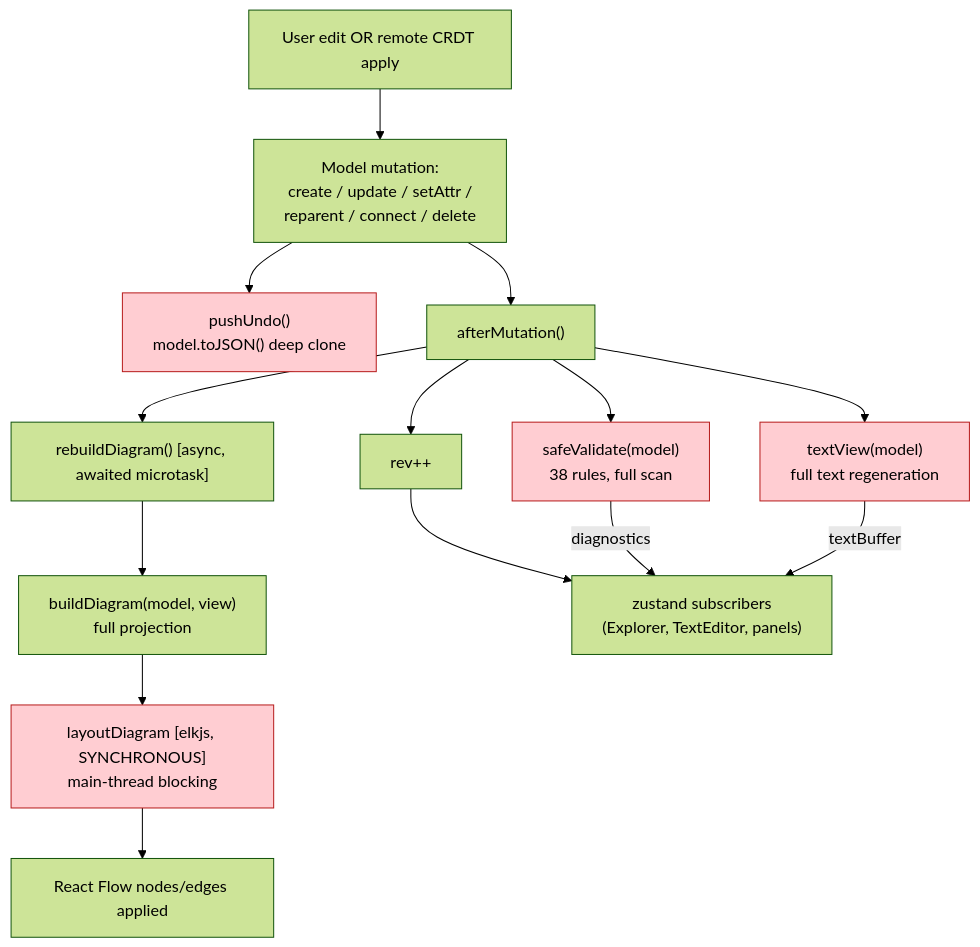
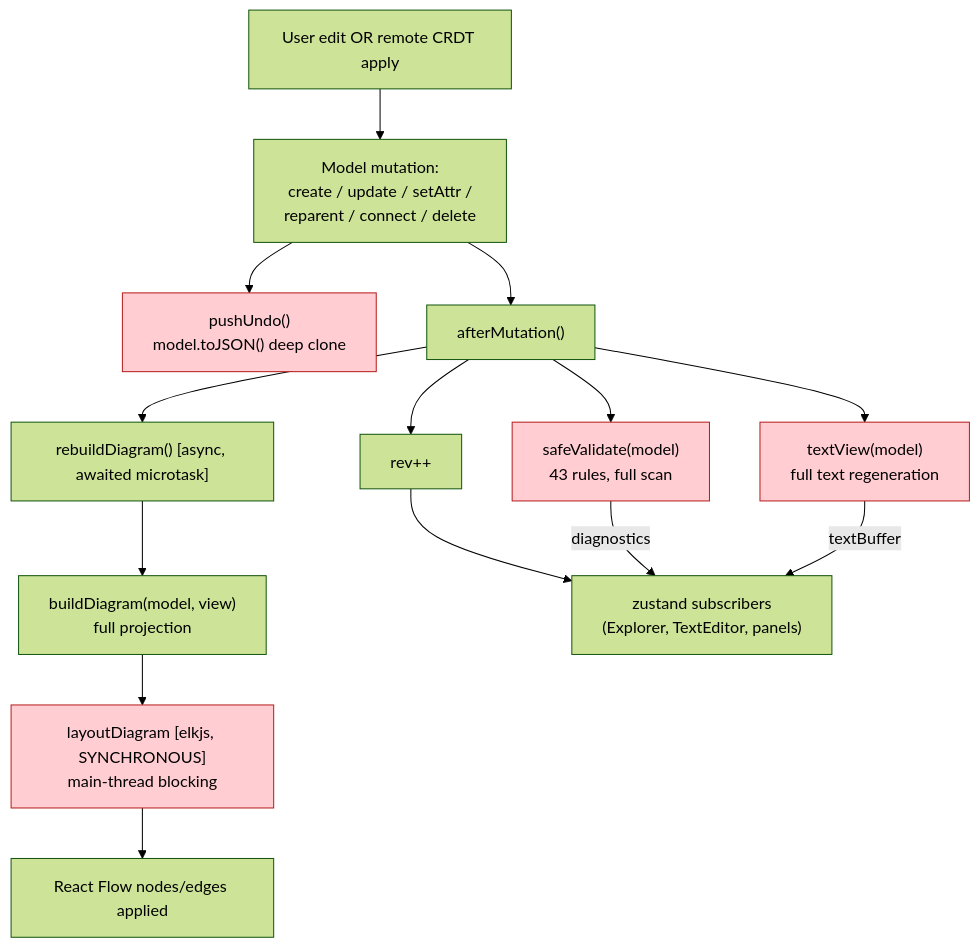
Before and after one commit to cosmindxu/sysprose: the third of 7 diagrams in docs/architecture/05-data-flow.md, drawn with Mermaid (forest theme). The commit also changed 8 other files, not shown here.

````diff
--- a/docs/architecture/05-data-flow.md
+++ b/docs/architecture/05-data-flow.md
@@ -98,32 +98,32 @@
 ```mermaid
 flowchart TB
     trigger["User edit OR remote CRDT apply"]
     op["Model mutation:\ncreate / update / setAttr /\nreparent / connect / delete"]
     pushUndo["pushUndo()\nmodel.toJSON() deep clone"]
     afterMut["afterMutation()"]
-    validate["safeValidate(model)\n38 rules, full scan"]
+    validate["safeValidate(model)\n43 rules, full scan"]
     serialize["textView(model)\nfull text regeneration"]
     bump["rev++"]
     rebuild["rebuildDiagram() [async, awaited microtask]"]
     build["buildDiagram(model, view)\nfull projection"]
     layout["layoutDiagram [elkjs, SYNCHRONOUS]\nmain-thread blocking"]
     apply["React Flow nodes/edges applied"]
     listeners[" zustand subscribers\n(Explorer, TextEditor, panels)"]
 
     trigger --> op
     op --> pushUndo
     op --> afterMut
     afterMut --> validate
     afterMut --> serialize
     afterMut --> bump
     afterMut --> rebuild
     rebuild --> build
     build --> layout
     layout --> apply
     bump --> listeners
     validate -->|diagnostics| listeners
     serialize -->|textBuffer| listeners
 
     classDef hot fill:#ffcdd2,stroke:#b71c1c
     class validate,serialize,layout,pushUndo hot
 ```
````
